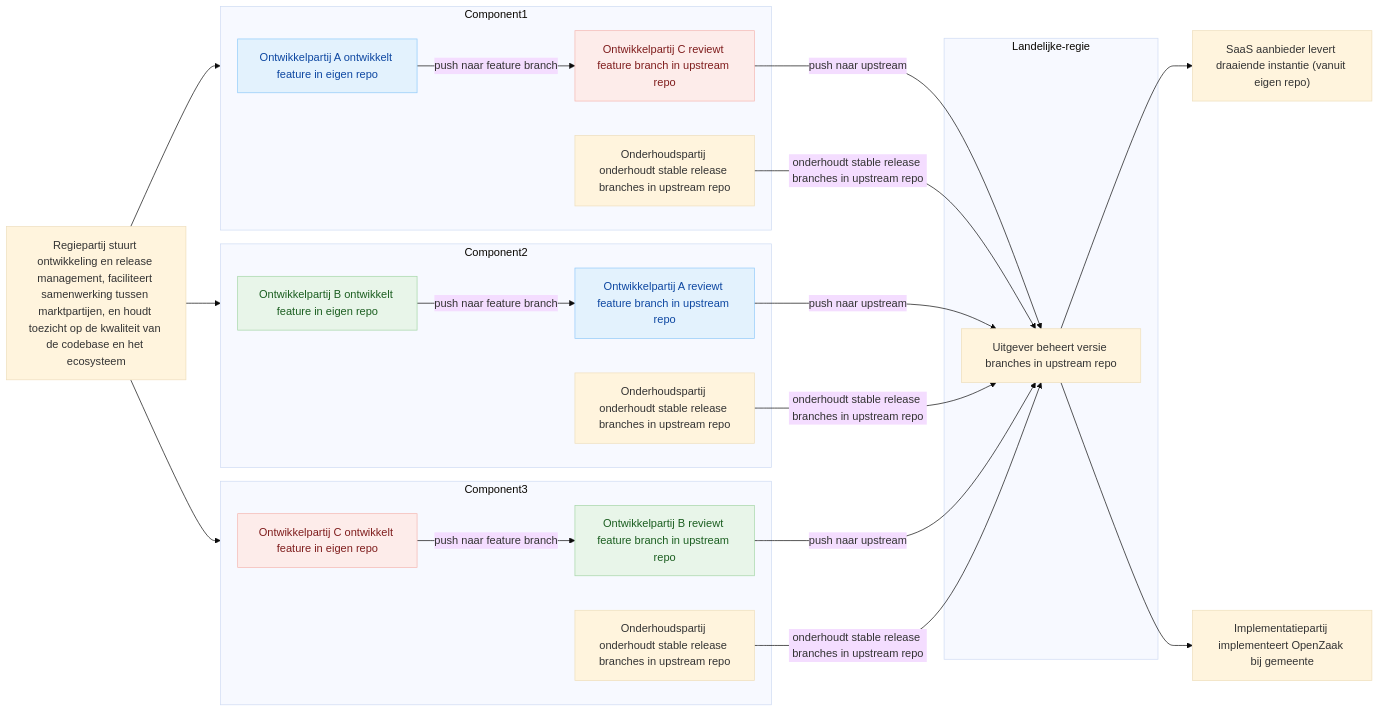
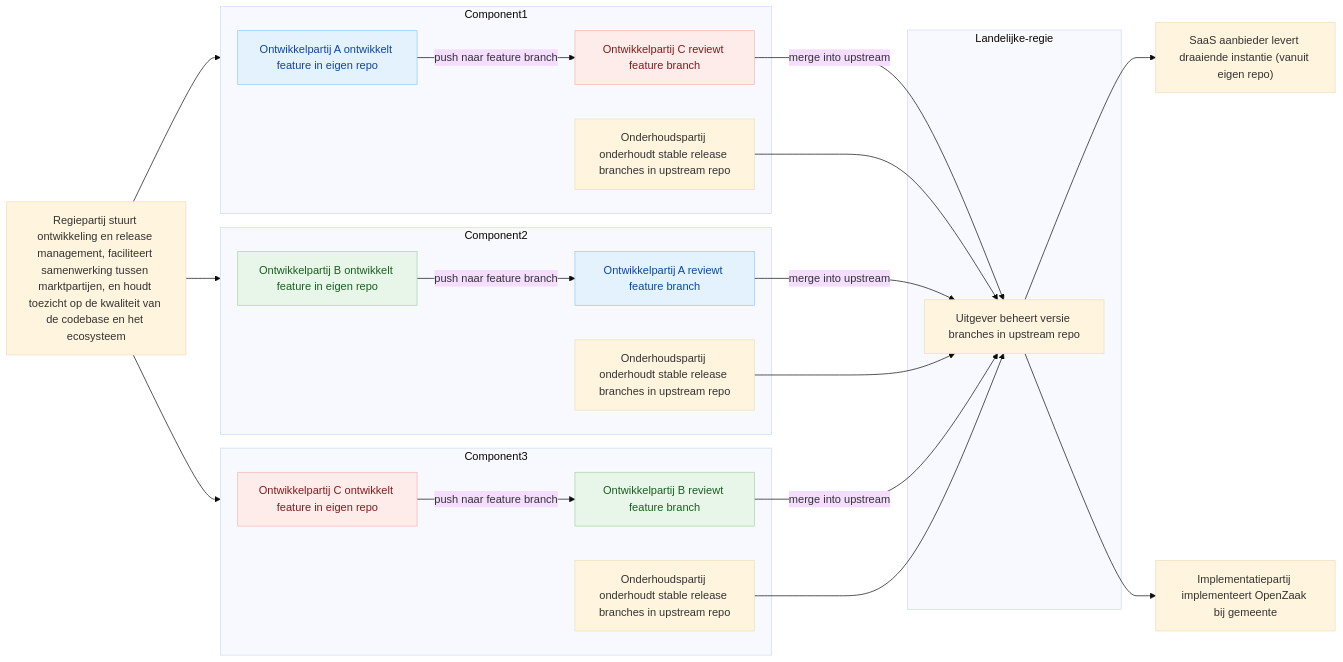
Before and after one commit to open-zaak/samenwerken: the tenth of 10 diagrams in resultaten/rollen-meerdere-marktpartijen.md, drawn with Mermaid (base theme).

Commit message:
simplifies text

````diff
--- a/resultaten/rollen-meerdere-marktpartijen.md
+++ b/resultaten/rollen-meerdere-marktpartijen.md
@@ -470,68 +470,68 @@
 ```mermaid
 graph LR
     subgraph Component1
     %% Nodes
         Dev1["Ontwikkelpartij A ontwikkelt feature in eigen repo"]
-        Rev1["Ontwikkelpartij C reviewt feature branch in upstream repo"]
+        Rev1["Ontwikkelpartij C reviewt feature branch"]
         Maint1["Onderhoudspartij onderhoudt stable release branches in upstream repo"]
 
         %% Connections
         Dev1 --"push naar feature branch"--> Rev1
     end
 
     subgraph Component2
     %% Nodes
         Dev2["Ontwikkelpartij B ontwikkelt feature in eigen repo"]
-        Rev2["Ontwikkelpartij A reviewt feature branch in upstream repo"]
+        Rev2["Ontwikkelpartij A reviewt feature branch"]
         Maint2["Onderhoudspartij onderhoudt stable release branches in upstream repo"]
 
         %% Connections
         Dev2 --"push naar feature branch"--> Rev2
     end
 
     subgraph Component3
     %% Nodes
         Dev3["Ontwikkelpartij C ontwikkelt feature in eigen repo"]
-        Rev3["Ontwikkelpartij B reviewt feature branch in upstream repo"]
+        Rev3["Ontwikkelpartij B reviewt feature branch"]
         Maint3["Onderhoudspartij onderhoudt stable release branches in upstream repo"]
 
         %% Connections
         Dev3 --"push naar feature branch"--> Rev3
     end
 
     subgraph Landelijke-regie
     %% Nodes
     Up["Uitgever beheert versie branches in upstream repo"]
 
     end
 
     %% Nodes
     Regie["Regiepartij stuurt ontwikkeling en release management, faciliteert samenwerking tussen marktpartijen, en houdt toezicht op de kwaliteit van de codebase en het ecosysteem"]
     Impl["Implementatiepartij implementeert OpenZaak bij gemeente"]
     Up["Uitgever beheert versie branches in upstream repo"]
     SaaS["SaaS aanbieder levert draaiende instantie (vanuit eigen repo)"]
 
     %% Connections
     Regie --> Component1
     Regie --> Component2
     Regie --> Component3
-    Rev1 --"push naar upstream"--> Up
-    Rev2 --"push naar upstream"--> Up
-    Rev3 --"push naar upstream"--> Up
-    Maint1 --"onderhoudt stable release branches in upstream repo"--> Up
-    Maint2 --"onderhoudt stable release branches in upstream repo"--> Up
-    Maint3 --"onderhoudt stable release branches in upstream repo"--> Up
+    Rev1 --"merge into upstream"--> Up
+    Rev2 --"merge into upstream"--> Up
+    Rev3 --"merge into upstream"--> Up
+    Maint1 --> Up
+    Maint2 --> Up
+    Maint3 --> Up
     Up --> SaaS
     Up --> Impl
 
     %% Styling
     classDef softBlue fill:#e3f2fd,stroke:#90caf9,color:#0d47a1;
     class Dev1,Rev2 softBlue;
 
     classDef softGreen fill:#e8f5e9,stroke:#a5d6a7,color:#1b5e20;
     class Dev2,Rev3 softGreen;
 
     classDef softRed fill:#fdecea,stroke:#f5b7b1,color:#7f1d1d;
     class Dev3,Rev1 softRed;
 
 ```
````
